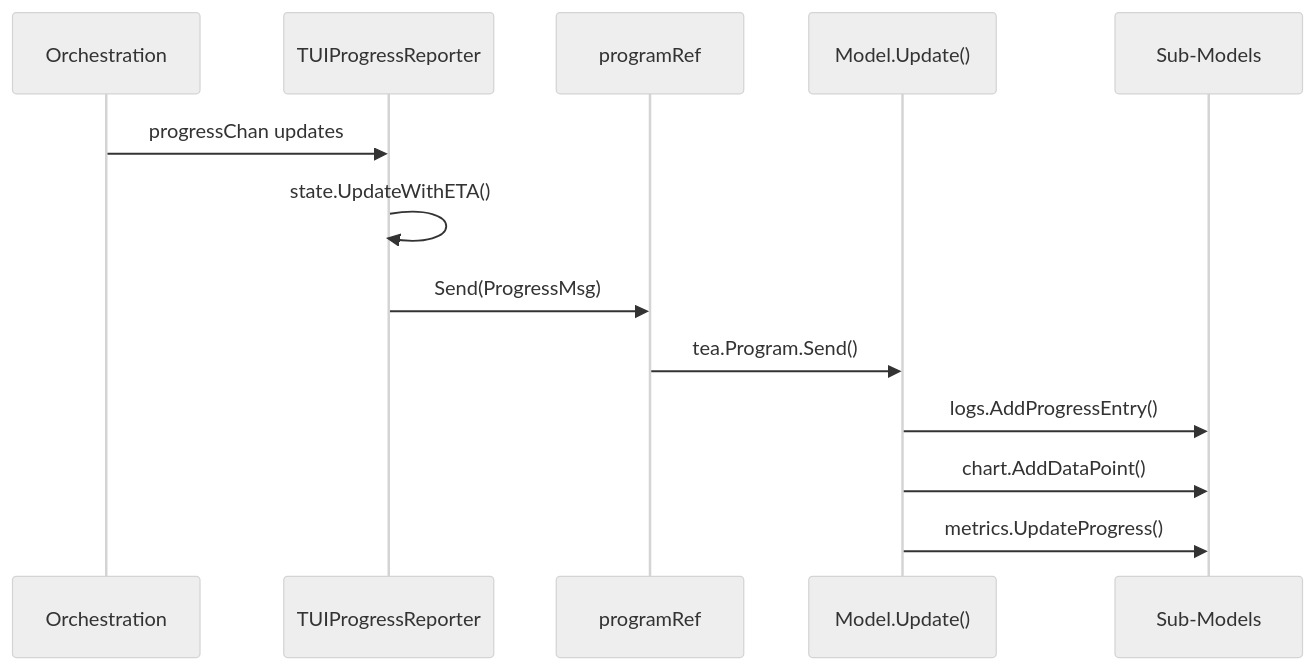
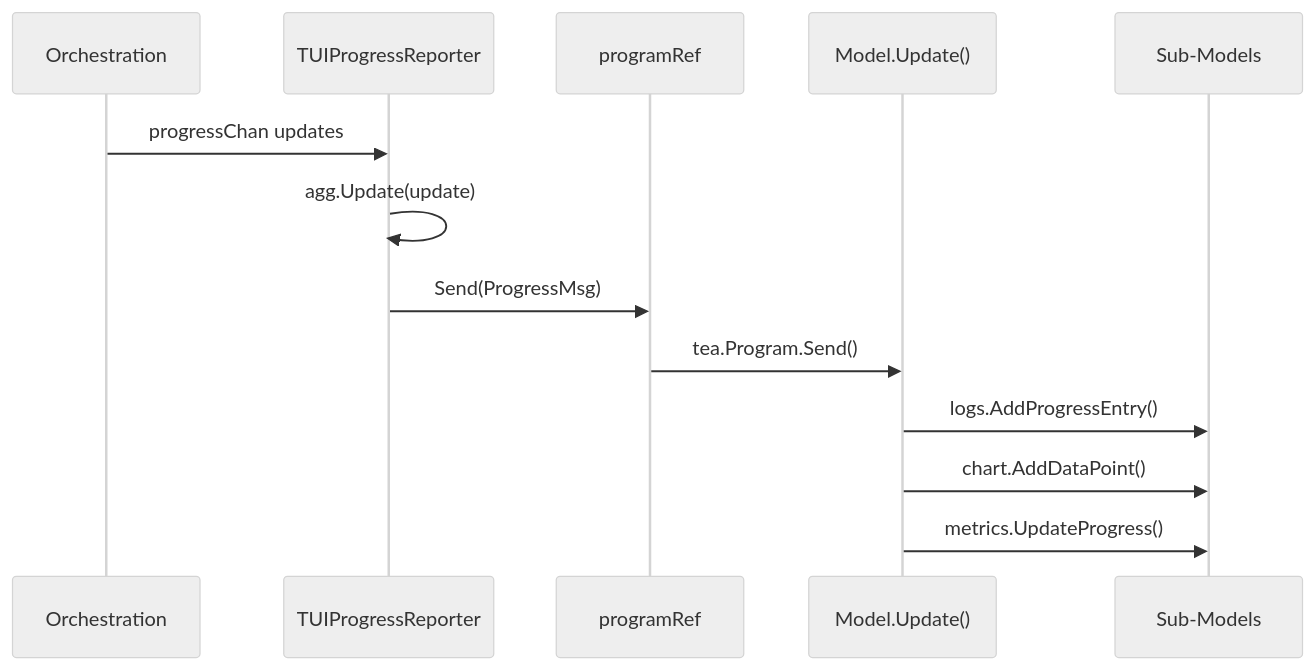
The diagram in docs/TUI_GUIDE.md (agbruneau/Fibonacci), drawn with Mermaid (neutral theme) before and after one commit. The commit also changed other lines of this file and 5 other files, not shown here.

````diff
--- a/docs/TUI_GUIDE.md
+++ b/docs/TUI_GUIDE.md
@@ -209,16 +209,16 @@
 ```mermaid
 sequenceDiagram
     participant Orch as Orchestration
     participant Bridge as TUIProgressReporter
     participant Ref as programRef
     participant Model as Model.Update()
     participant Sub as Sub-Models
 
     Orch->>Bridge: progressChan updates
-    Bridge->>Bridge: state.UpdateWithETA()
+    Bridge->>Bridge: agg.Update(update)
     Bridge->>Ref: Send(ProgressMsg)
     Ref->>Model: tea.Program.Send()
     Model->>Sub: logs.AddProgressEntry()
     Model->>Sub: chart.AddDataPoint()
     Model->>Sub: metrics.UpdateProgress()
 ```
````
